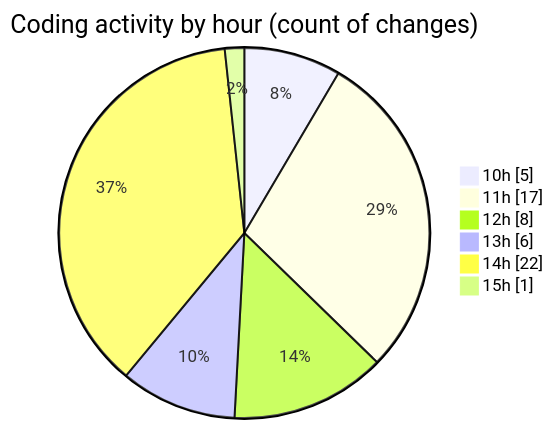
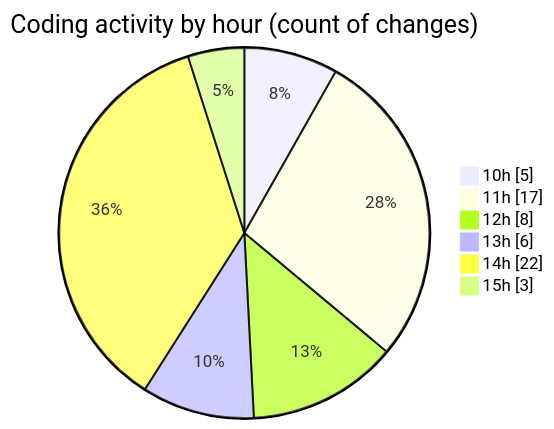
One commit to CELIANVF/code-tracking changed the second of 2 diagrams in 2025-05-05/ecodeli/README.md. Above: the diagram before and after it, drawn with Mermaid. The commit also changed other lines of this file and 1 other file, not shown here.

````diff
--- a/2025-05-05/ecodeli/README.md
+++ b/2025-05-05/ecodeli/README.md
@@ -57,10 +57,10 @@
 ```mermaid
 pie showData
 title Coding activity by hour (count of changes)
 "10h" : 5
 "11h" : 17
 "12h" : 8
 "13h" : 6
 "14h" : 22
-"15h" : 1
+"15h" : 3
 ```
````
